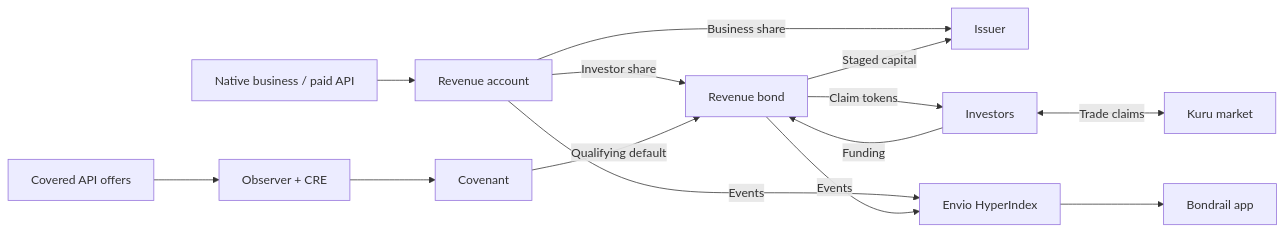
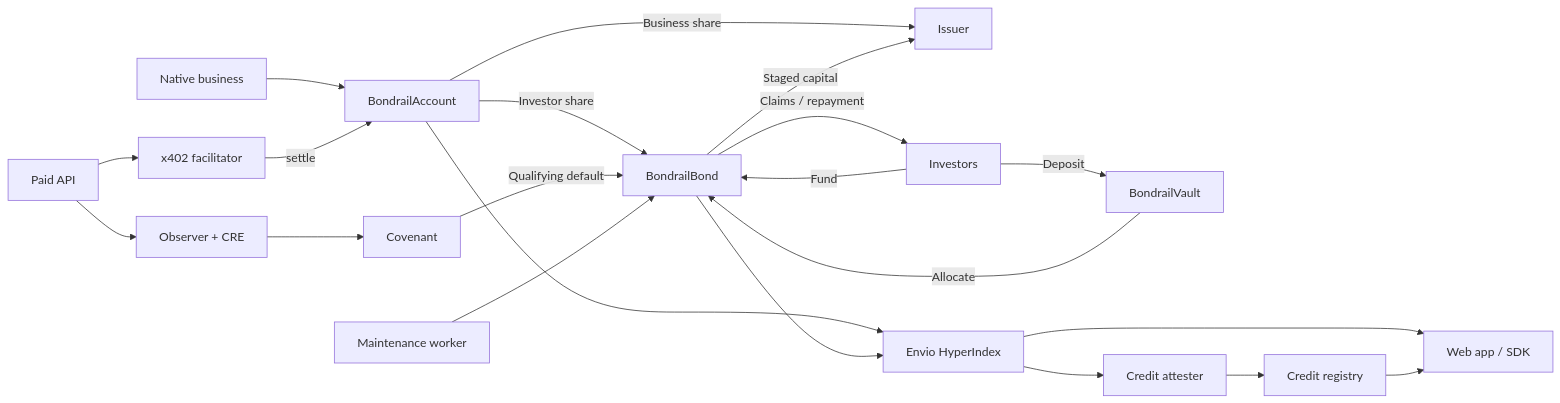
The diagram in README.md (calledAdo/bondrail), drawn with Mermaid before and after one commit. The commit also changed other lines of this file and 38 other files, not shown here.

````diff
--- a/README.md
+++ b/README.md
@@ -286,16 +95,23 @@
 ```mermaid
 flowchart LR
-  Business[Native business / paid API] --> Account[Revenue account]
+  Native[Native business] --> Account[BondrailAccount]
+  API[Paid API] --> Facilitator[x402 facilitator]
+  Facilitator -->|settle|Account
   Account -->|Business share|Issuer[Issuer]
-  Account -->|Investor share|Bond[Revenue bond]
-  Investor[Investors] -->|Funding|Bond
+  Account -->|Investor share|Bond[BondrailBond]
+  Investors[Investors] -->|Fund|Bond
+  Investors -->|Deposit|Vault[BondrailVault]
+  Vault -->|Allocate|Bond
   Bond -->|Staged capital|Issuer
-  Bond -->|Claim tokens|Investor
-  Investor <-->|Trade claims|Kuru[Kuru market]
-  Account -->|Events|Envio[Envio HyperIndex]
-  Bond -->|Events|Envio
-  Envio --> App[Bondrail app]
-  API[Covered API offers] --> Monitor[Observer + CRE]
-  Monitor --> Covenant[Covenant]
+  Bond -->|Claims / repayment|Investors
+  Account --> Envio[Envio HyperIndex]
+  Bond --> Envio
+  Envio --> App[Web app / SDK]
+  Envio --> Attester[Credit attester]
+  Attester --> Registry[Credit registry]
+  Registry --> App
+  API --> Observer[Observer + CRE]
+  Observer --> Covenant[Covenant]
   Covenant -->|Qualifying default|Bond
+  Worker[Maintenance worker] --> Bond
 ```
````
